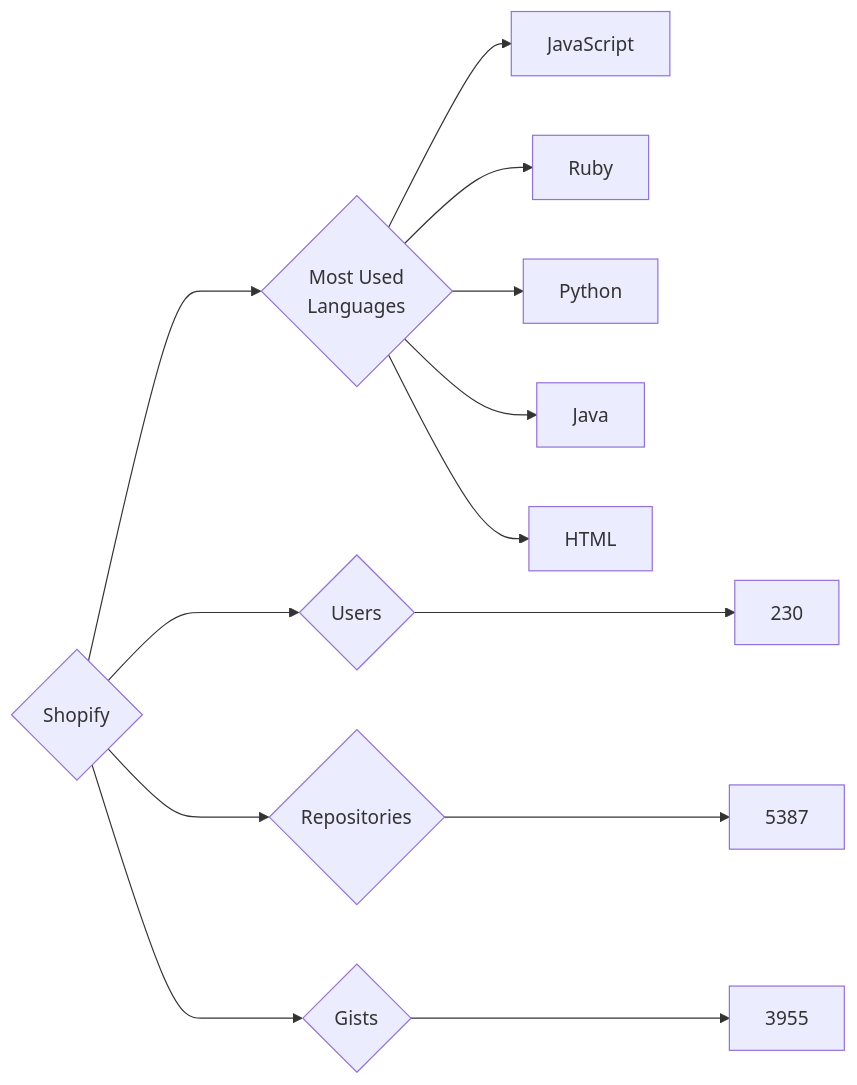
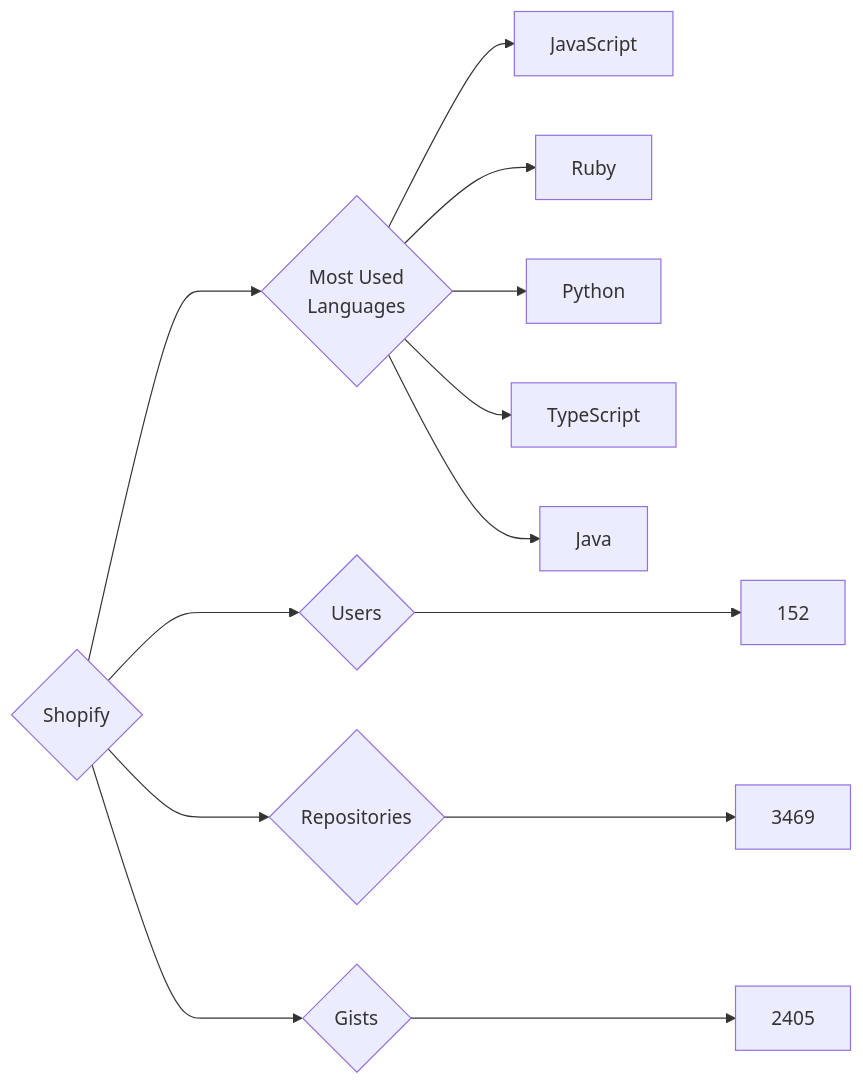
Before and after one commit to trickest/insiders: the diagram in targets/Shopify/README.md, drawn with Mermaid. The commit also changed 835 other files, not shown here.

````diff
--- a/targets/Shopify/README.md
+++ b/targets/Shopify/README.md
@@ -3,13 +3,13 @@
 ```mermaid
 graph LR
 COMPANY_NAME{Shopify}
-COMPANY_NAME ---> U{Users} ---> UN[230]
-COMPANY_NAME ---> R{Repositories} ---> RN[5387]
-COMPANY_NAME ---> G{Gists} ---> GN[3955]
+COMPANY_NAME ---> U{Users} ---> UN[152]
+COMPANY_NAME ---> R{Repositories} ---> RN[3469]
+COMPANY_NAME ---> G{Gists} ---> GN[2405]
 COMPANY_NAME ---> ML{Most Used<br>Languages}
 ML --> JavaScript[JavaScript]
 ML --> Ruby[Ruby]
 ML --> Python[Python]
+ML --> TypeScript[TypeScript]
 ML --> Java[Java]
-ML --> HTML[HTML]
 ```
````
